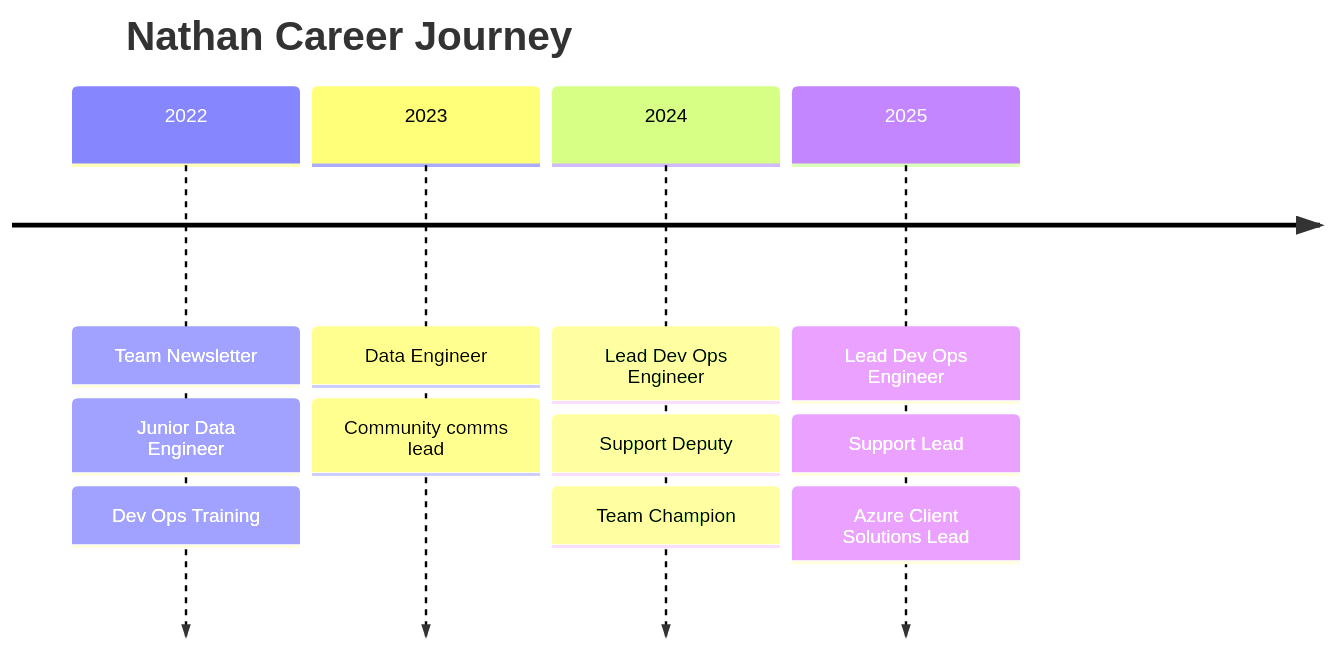
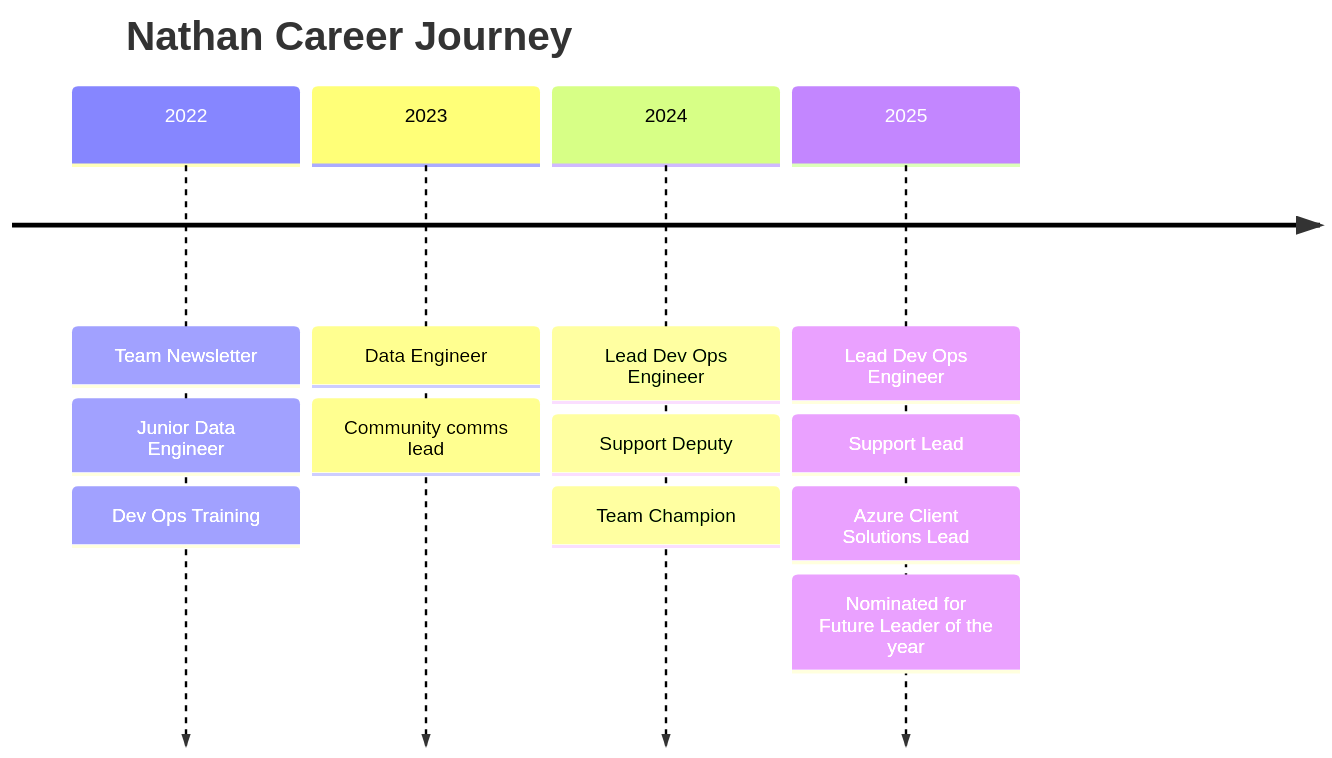
Before and after one commit to NathanD98/Mermaid-graphs: the diagram in Graphs/careerJourney.md, drawn with Mermaid.

````diff
--- a/Graphs/careerJourney.md
+++ b/Graphs/careerJourney.md
@@ -1,15 +1,16 @@
 ``` mermaid
 timeline  
   title Nathan Career Journey 
   2022 : Team Newsletter  
        : Junior Data Engineer  
        : Dev Ops Training    
   2023 : Data Engineer     
        : Community comms lead   
   2024 : Lead Dev Ops Engineer      
        : Support Deputy       
        : Team Champion   
   2025 : Lead Dev Ops Engineer  
        : Support Lead      
        : Azure Client Solutions Lead
+       : Nominated for Future Leader of the year
 ```
````
